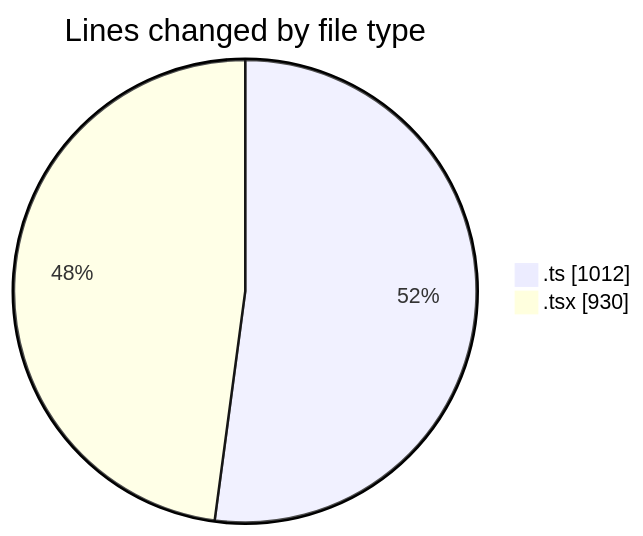
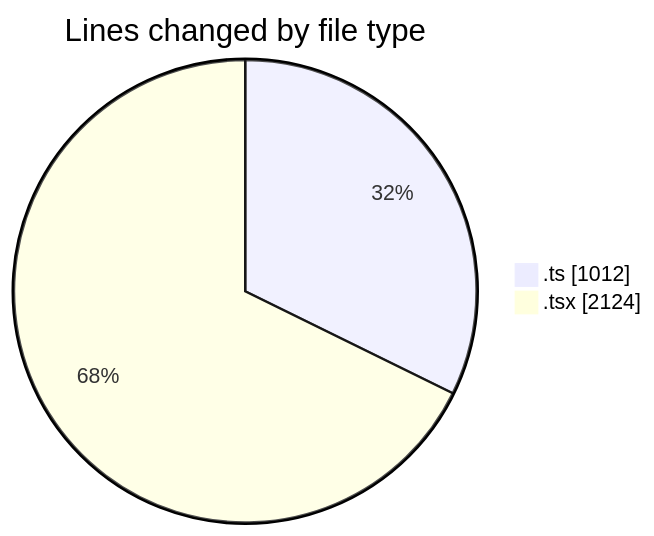
The first of 2 diagrams in 2026-05-04/nxtqube_webapp/README.md (nxtqubesakshisongat/code-tracking), drawn with Mermaid before and after one commit. The commit also changed other lines of this file and 1 other file, not shown here.

````diff
--- a/2026-05-04/nxtqube_webapp/README.md
+++ b/2026-05-04/nxtqube_webapp/README.md
@@ -23,6 +24,6 @@
 ```mermaid
 pie showData
 title Lines changed by file type
 ".ts" : 1012
-".tsx" : 930
+".tsx" : 2124
 ```
````
